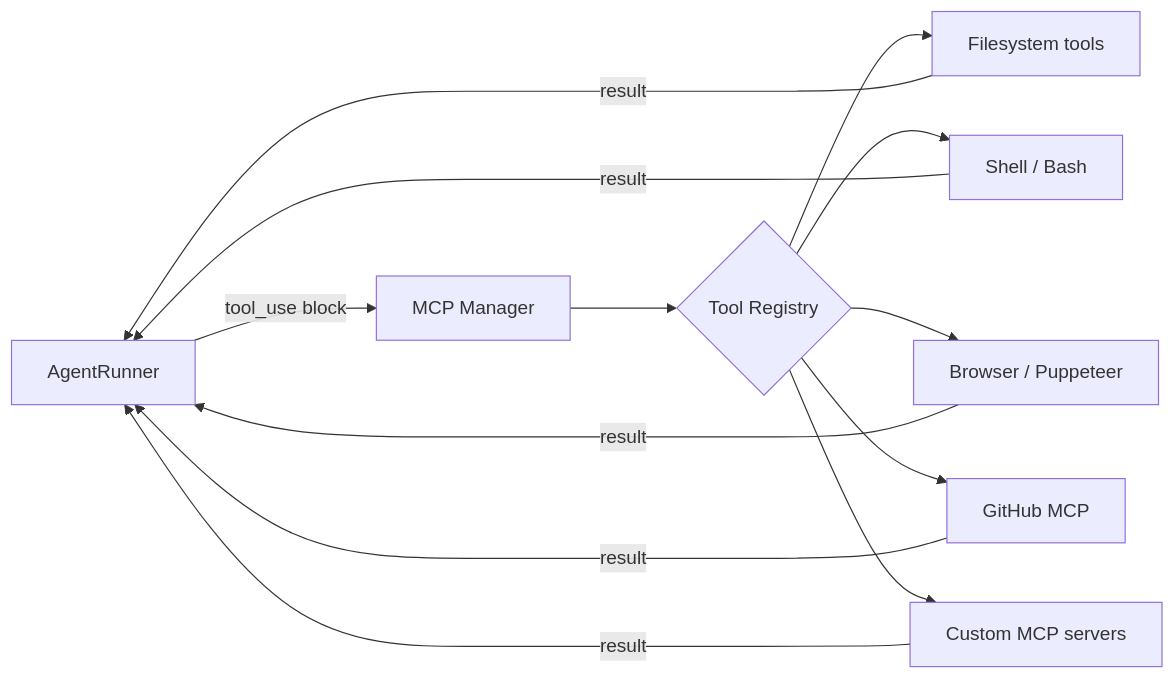
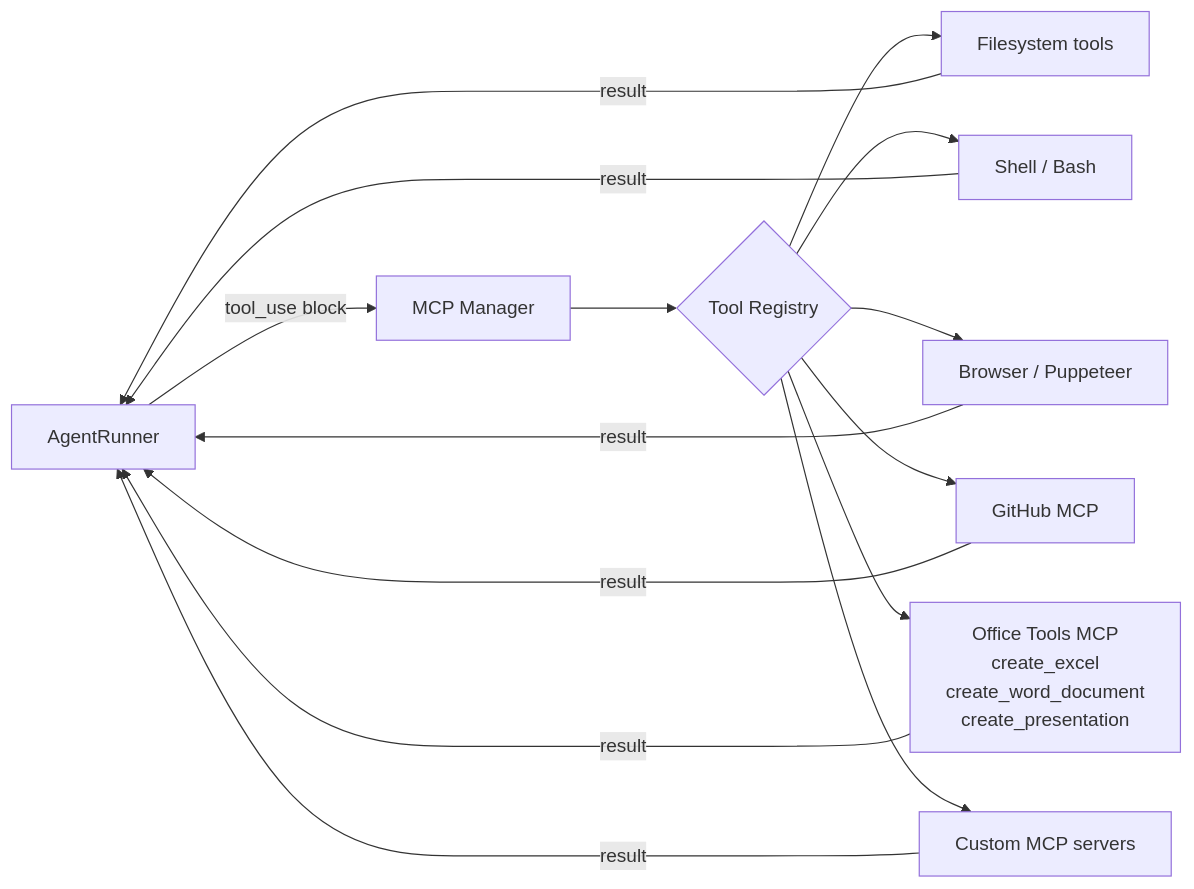
The fourth of 8 diagrams in Architecture.md (dineshsrivastava07-cell/dsr-CoworkAI), drawn with Mermaid before and after one commit. The commit also changed other lines of this file and 8 other files, not shown here.

First line of the commit message:
feat: office tools MCP server, macOS 26 signing fix, DSR branding, system prompt

````diff
--- a/Architecture.md
+++ b/Architecture.md
@@ -129,11 +129,12 @@
 ```mermaid
 flowchart LR
     AR[AgentRunner] -->|tool_use block| MCPMgr[MCP Manager]
     MCPMgr --> Reg{Tool Registry}
     Reg --> FS[Filesystem tools]
     Reg --> SH[Shell / Bash]
     Reg --> BR[Browser / Puppeteer]
     Reg --> GH[GitHub MCP]
+    Reg --> OT[Office Tools MCP\ncreate_excel\ncreate_word_document\ncreate_presentation]
     Reg --> CUS[Custom MCP servers]
-    FS & SH & BR & GH & CUS -->|result| AR
+    FS & SH & BR & GH & OT & CUS -->|result| AR
 ```
````
